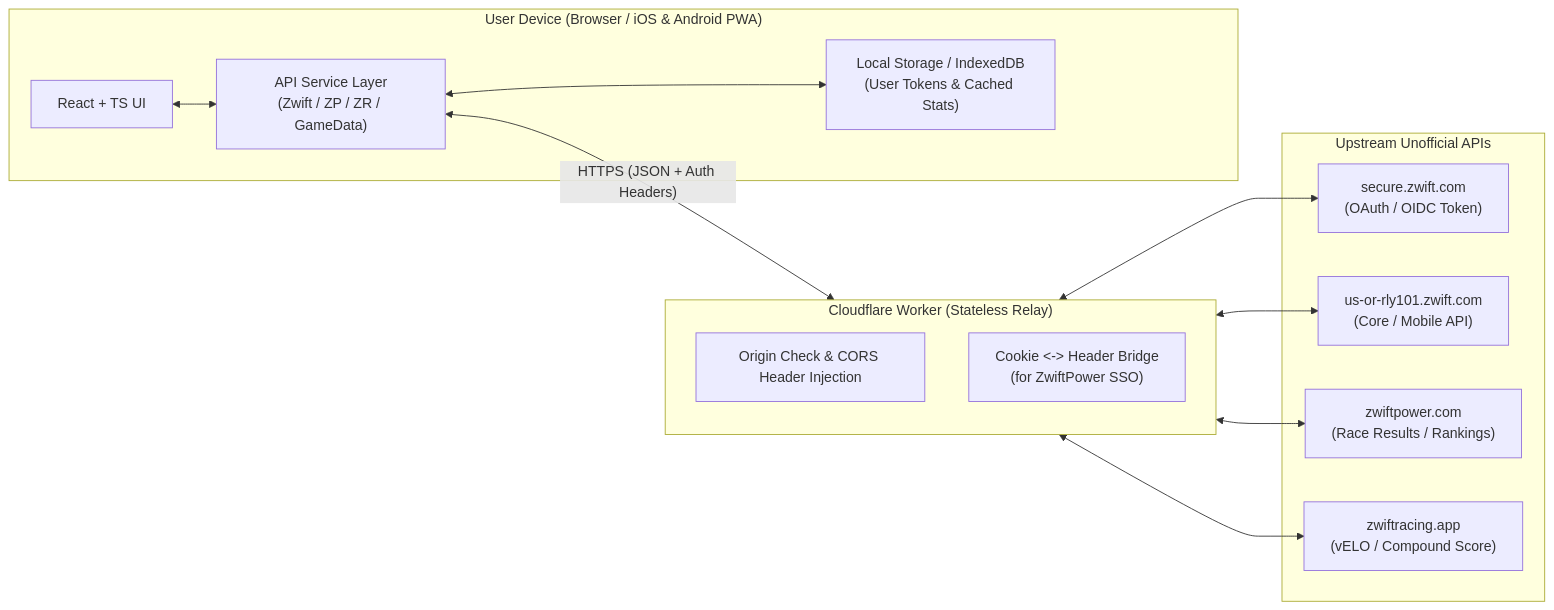
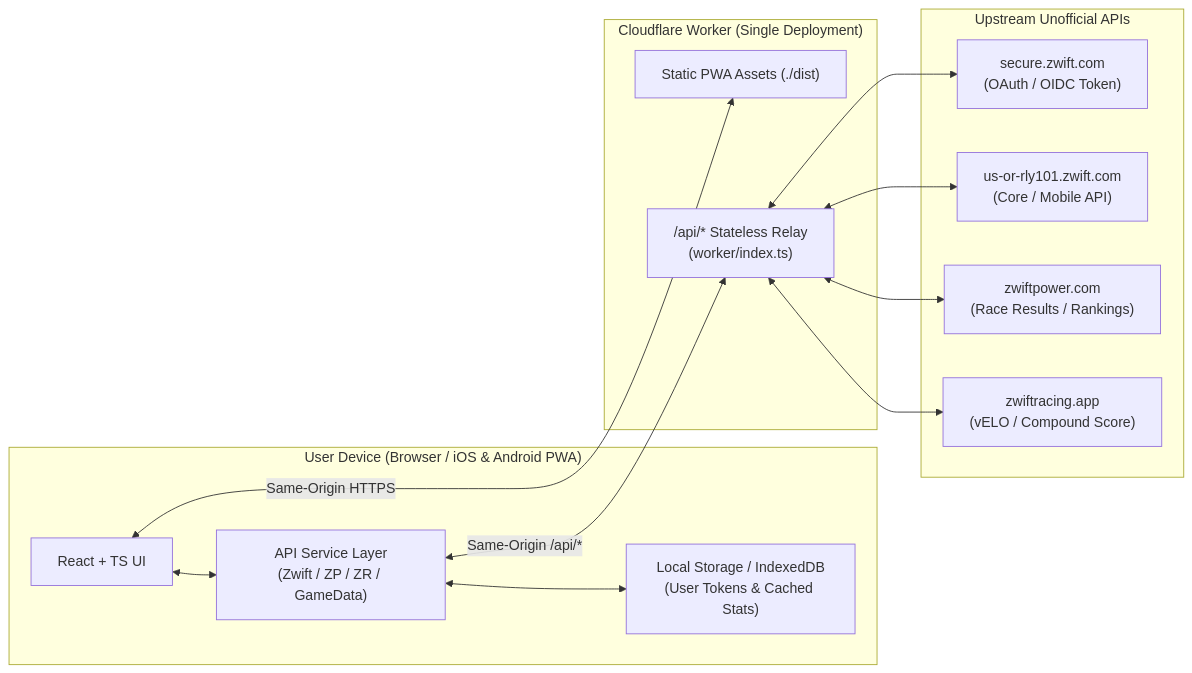
One commit to jameslac/Zwift-Victims changed the diagram in docs/ARCHITECTURE.md. Above: the diagram before and after it, drawn with Mermaid. The commit also changed other lines of this file and 15 other files, not shown here.

Commit message:
feat: scaffold all-in-one Cloudflare Worker + React PWA and update docs

````diff
--- a/docs/ARCHITECTURE.md
+++ b/docs/ARCHITECTURE.md
@@ -24,28 +26,29 @@
 ```mermaid
 flowchart LR
     subgraph Client ["User Device (Browser / iOS & Android PWA)"]
         UI["React + TS UI"]
         Store["Local Storage / IndexedDB\n(User Tokens & Cached Stats)"]
         Services["API Service Layer\n(Zwift / ZP / ZR / GameData)"]
         UI <--> Services
         Services <--> Store
     end
 
-    subgraph Proxy ["Cloudflare Worker (Stateless Relay)"]
-        CORS["Origin Check & CORS Header Injection"]
-        CookieBridge["Cookie <-> Header Bridge\n(for ZwiftPower SSO)"]
+    subgraph Cloudflare ["Cloudflare Worker (Single Deployment)"]
+        Assets["Static PWA Assets (./dist)"]
+        Worker["/api/* Stateless Relay\n(worker/index.ts)"]
     end
 
     subgraph Upstream ["Upstream Unofficial APIs"]
         ZwiftAuth["secure.zwift.com\n(OAuth / OIDC Token)"]
         ZwiftCore["us-or-rly101.zwift.com\n(Core / Mobile API)"]
         ZwiftPower["zwiftpower.com\n(Race Results / Rankings)"]
         ZwiftRacing["zwiftracing.app\n(vELO / Compound Score)"]
     end
 
-    Services <-->|"HTTPS (JSON + Auth Headers)"| Proxy
-    Proxy <--> ZwiftAuth
-    Proxy <--> ZwiftCore
-    Proxy <--> ZwiftPower
-    Proxy <--> ZwiftRacing
+    UI <-->|"Same-Origin HTTPS"| Assets
+    Services <-->|"Same-Origin /api/*"| Worker
+    Worker <--> ZwiftAuth
+    Worker <--> ZwiftCore
+    Worker <--> ZwiftPower
+    Worker <--> ZwiftRacing
 ```
````
